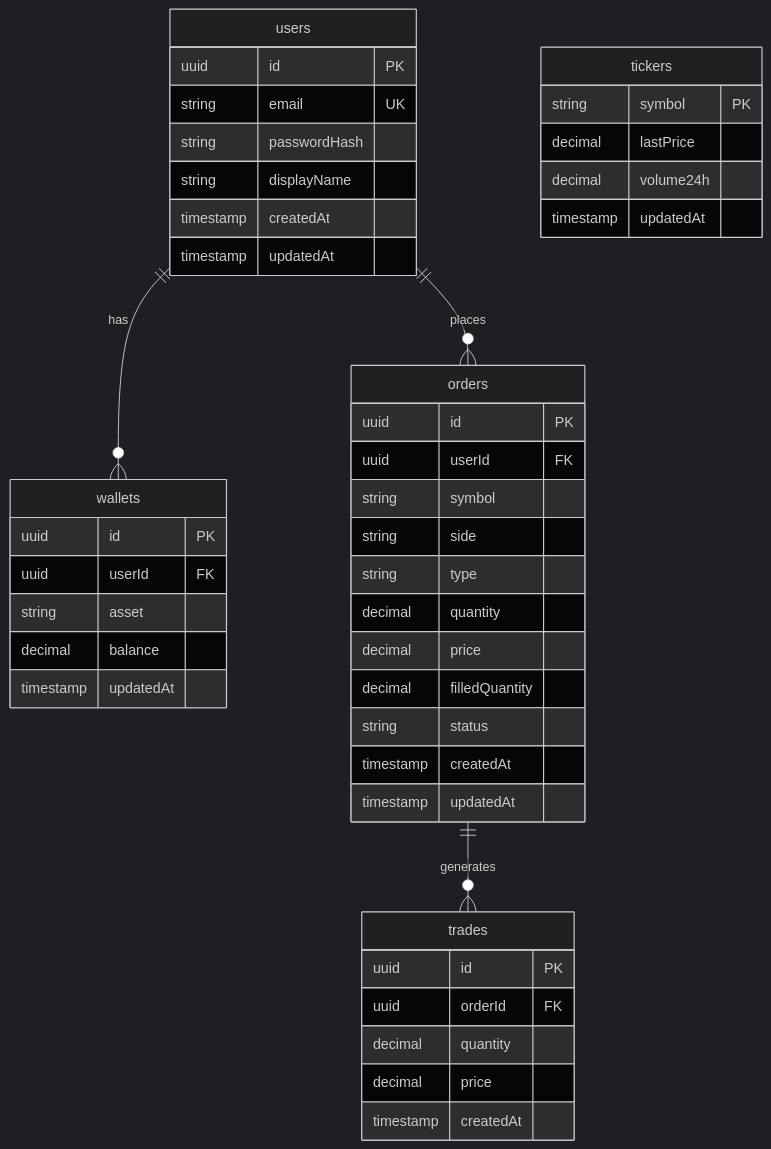
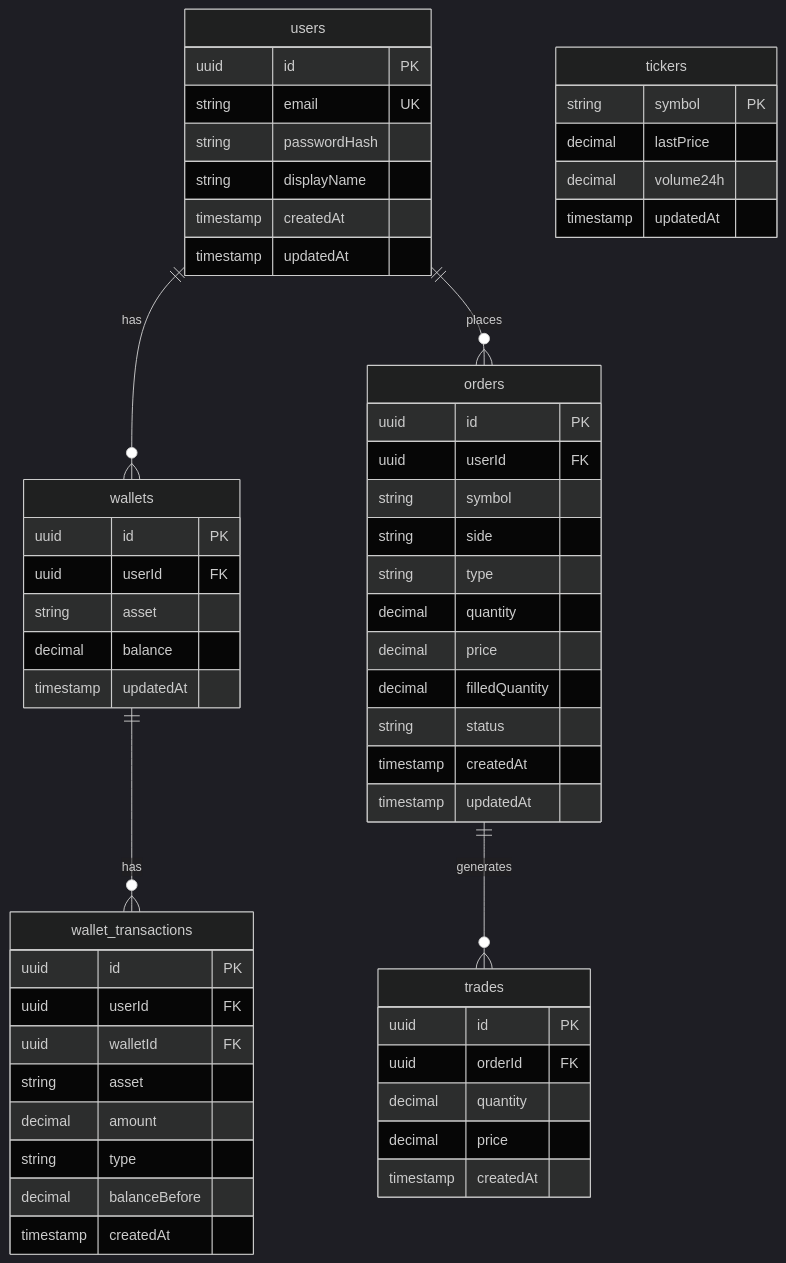
The second of 3 diagrams in ARCHITECTURE.md (mmizin/CryptoSandboxQA), drawn with Mermaid (dark theme) before and after one commit. The commit also changed other lines of this file and 10 other files, not shown here.

````diff
--- a/ARCHITECTURE.md
+++ b/ARCHITECTURE.md
@@ -50,52 +50,64 @@
 ```mermaid
 erDiagram
     users ||--o{ wallets : has
     users ||--o{ orders : places
+    wallets ||--o{ wallet_transactions : has
     orders ||--o{ trades : generates
     
     users {
         uuid id PK
         string email UK
         string passwordHash
         string displayName
         timestamp createdAt
         timestamp updatedAt
     }
     
     wallets {
         uuid id PK
         uuid userId FK
         string asset
         decimal balance
         timestamp updatedAt
+    }
+    
+    wallet_transactions {
+        uuid id PK
+        uuid userId FK
+        uuid walletId FK
+        string asset
+        decimal amount
+        string type
+        decimal balanceBefore
+        timestamp createdAt
     }
     
     orders {
         uuid id PK
         uuid userId FK
         string symbol
         string side
         string type
         decimal quantity
         decimal price
         decimal filledQuantity
         string status
         timestamp createdAt
         timestamp updatedAt
     }
     
     trades {
         uuid id PK
         uuid orderId FK
         decimal quantity
         decimal price
         timestamp createdAt
     }
     
     tickers {
         string symbol PK
         decimal lastPrice
         decimal volume24h
         timestamp updatedAt
     }
 ```
````
